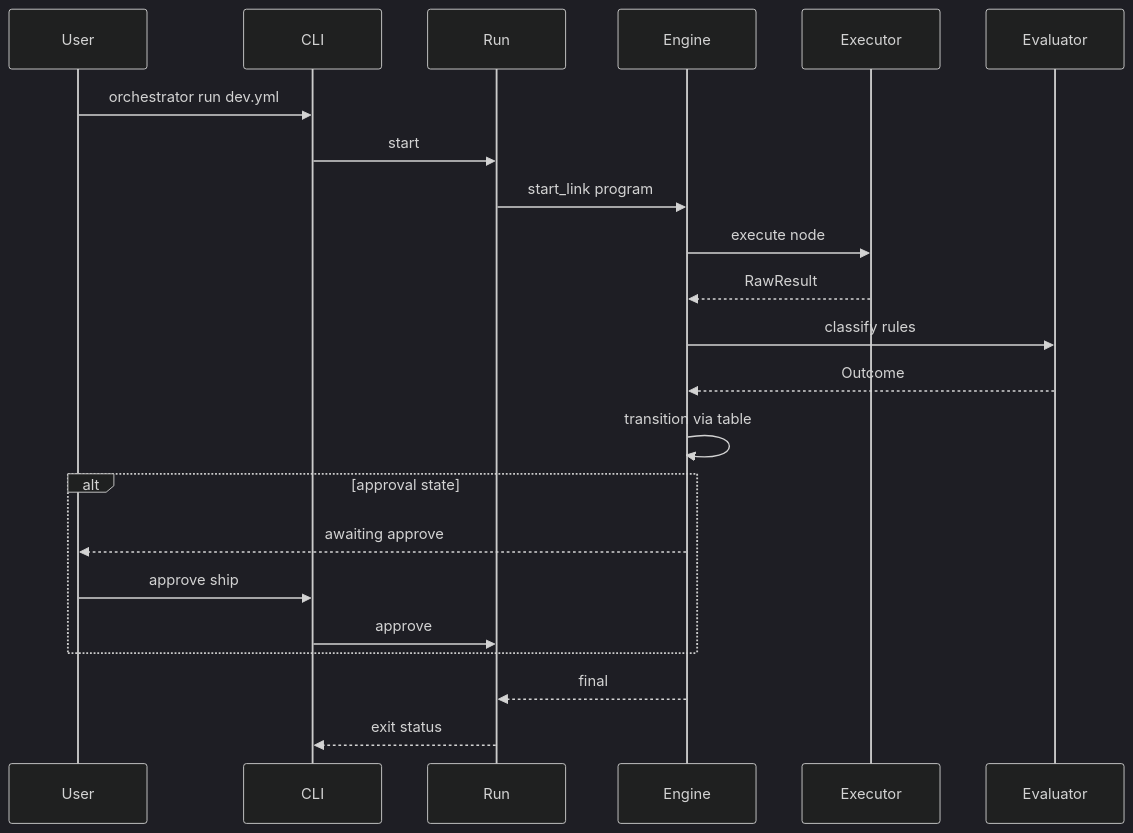
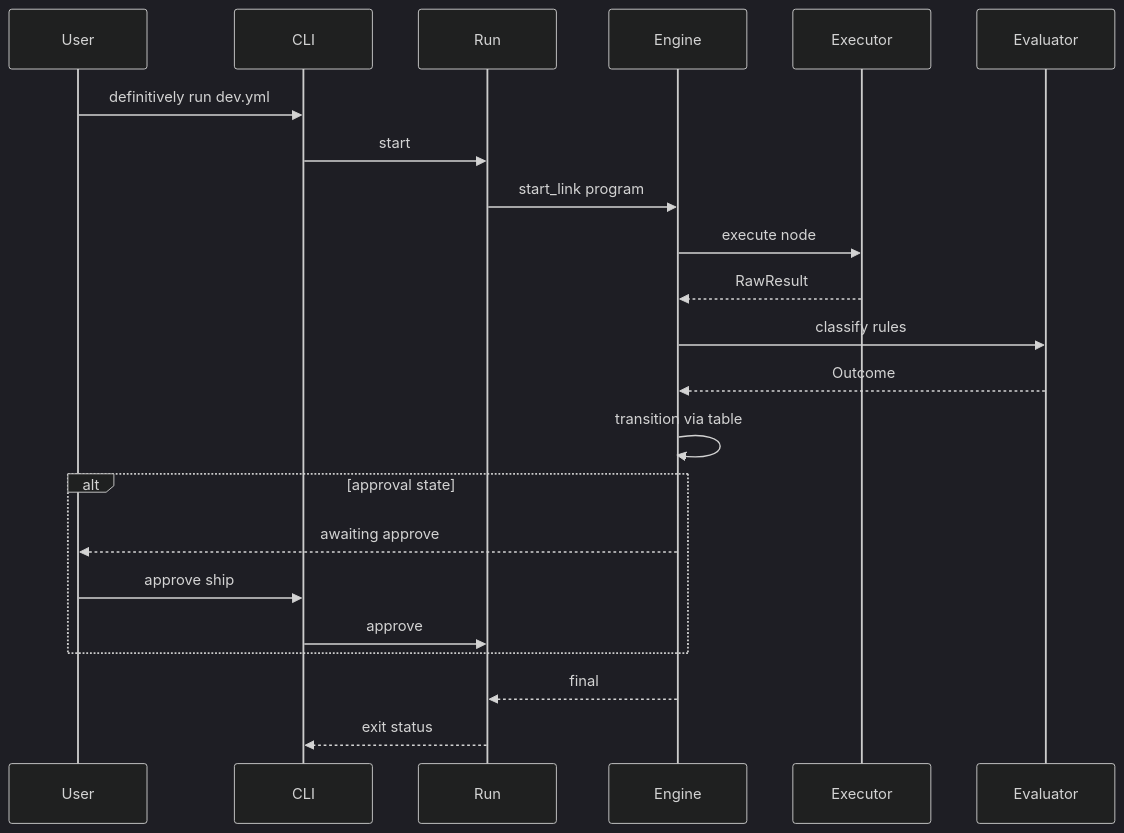
Before and after one commit to Industrial/definitively: the third of 3 diagrams in .cursor/plans/fsm_workflow_ddd_model_be25dfb3.plan.md, drawn with Mermaid (dark theme). The commit also changed other lines of this file and 239 other files, not shown here.

First line of the commit message:
refactor!: rename orchestrator product to definitively (v0.2.0)

````diff
--- a/.cursor/plans/fsm_workflow_ddd_model_be25dfb3.plan.md
+++ b/.cursor/plans/fsm_workflow_ddd_model_be25dfb3.plan.md
@@ -348,25 +348,25 @@
 ```mermaid
 sequenceDiagram
   participant User
   participant CLI
   participant Run
   participant Engine
   participant Executor
   participant Evaluator
 
-  User->>CLI: orchestrator run dev.yml
+  User->>CLI: definitively run dev.yml
   CLI->>Run: start
   Run->>Engine: start_link program
   Engine->>Executor: execute node
   Executor-->>Engine: RawResult
   Engine->>Evaluator: classify rules
   Evaluator-->>Engine: Outcome
   Engine->>Engine: transition via table
   alt approval state
     Engine-->>User: awaiting approve
     User->>CLI: approve ship
     CLI->>Run: approve
   end
   Engine-->>Run: final
   Run-->>CLI: exit status
 ```
````
